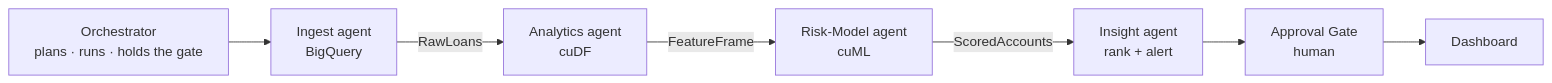
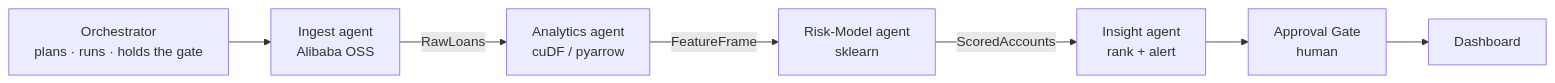
One commit to MFarizalA/waspada changed the diagram in README.md. Above: the diagram before and after it, drawn with Mermaid. The commit also changed other lines of this file and 61 other files, not shown here.

First line of the commit message:
WA-014/015/019: Agent Society (Risk Auditor + MCP + debate UI) + Qwen tiering

````diff
--- a/README.md
+++ b/README.md
@@ -60,9 +61,9 @@
 ```mermaid
 flowchart LR
-    O["Orchestrator<br/>plans · runs · holds the gate"] --> I["Ingest agent<br/>BigQuery"]
-    I -->|RawLoans| A["Analytics agent<br/>cuDF"]
-    A -->|FeatureFrame| R["Risk-Model agent<br/>cuML"]
+    O["Orchestrator<br/>plans · runs · holds the gate"] --> I["Ingest agent<br/>Alibaba OSS"]
+    I -->|RawLoans| A["Analytics agent<br/>cuDF / pyarrow"]
+    A -->|FeatureFrame| R["Risk-Model agent<br/>sklearn"]
     R -->|ScoredAccounts| N["Insight agent<br/>rank + alert"]
     N --> G["Approval Gate<br/>human"]
     G --> D["Dashboard"]
 ```
````
